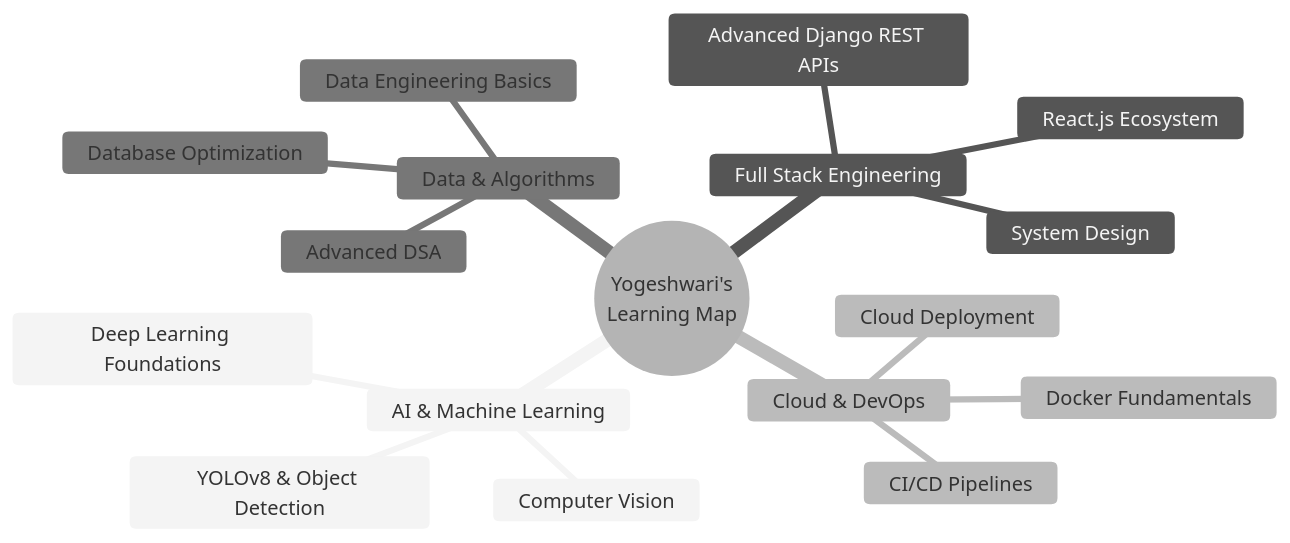
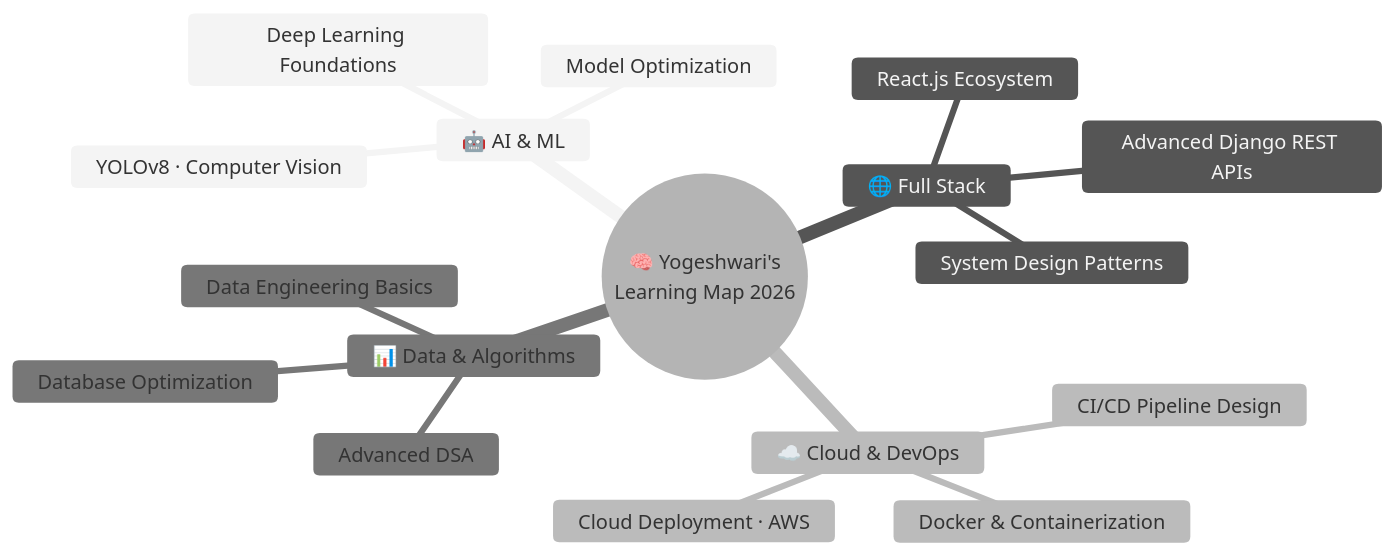
The diagram in README.md (Yogeshwari7887/Yogeshwari-Kalaskar), drawn with Mermaid (neutral theme) before and after one commit. The commit also changed other lines of this file, not shown here.

````diff
--- a/README.md
+++ b/README.md
@@ -302,21 +297,21 @@
 ```mermaid
 mindmap
-  root((Yogeshwari's
-    Learning Map))
-    AI & Machine Learning
-      Computer Vision
-      YOLOv8 & Object Detection
+  root((🧠 Yogeshwari's
+    Learning Map 2026))
+    🤖 AI & ML
       Deep Learning Foundations
-    Full Stack Engineering
+      YOLOv8 · Computer Vision
+      Model Optimization
+    🌐 Full Stack
       Advanced Django REST APIs
       React.js Ecosystem
-      System Design
-    Cloud & DevOps
-      Docker Fundamentals
-      CI/CD Pipelines
-      Cloud Deployment
-    Data & Algorithms
+      System Design Patterns
+    ☁️ Cloud & DevOps
+      Docker & Containerization
+      CI/CD Pipeline Design
+      Cloud Deployment · AWS
+    📊 Data & Algorithms
       Advanced DSA
       Database Optimization
       Data Engineering Basics
 ```
````
